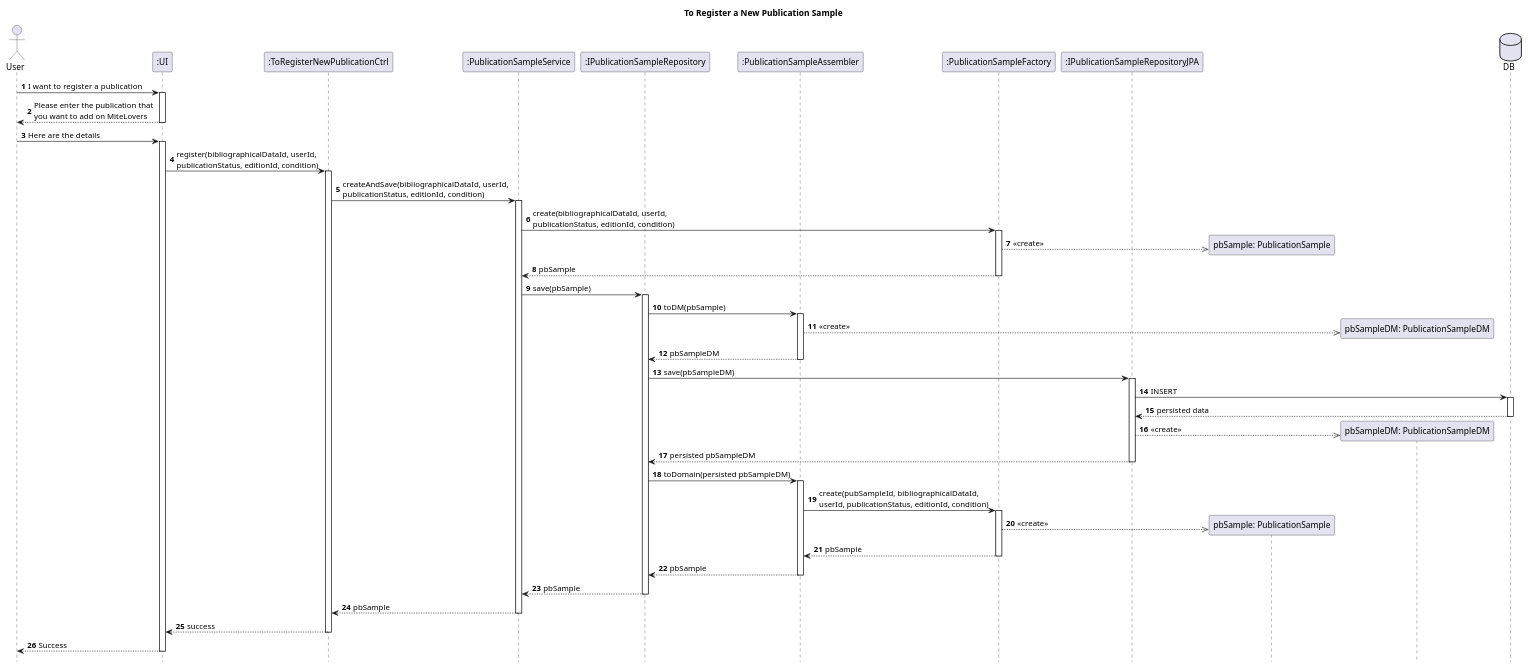
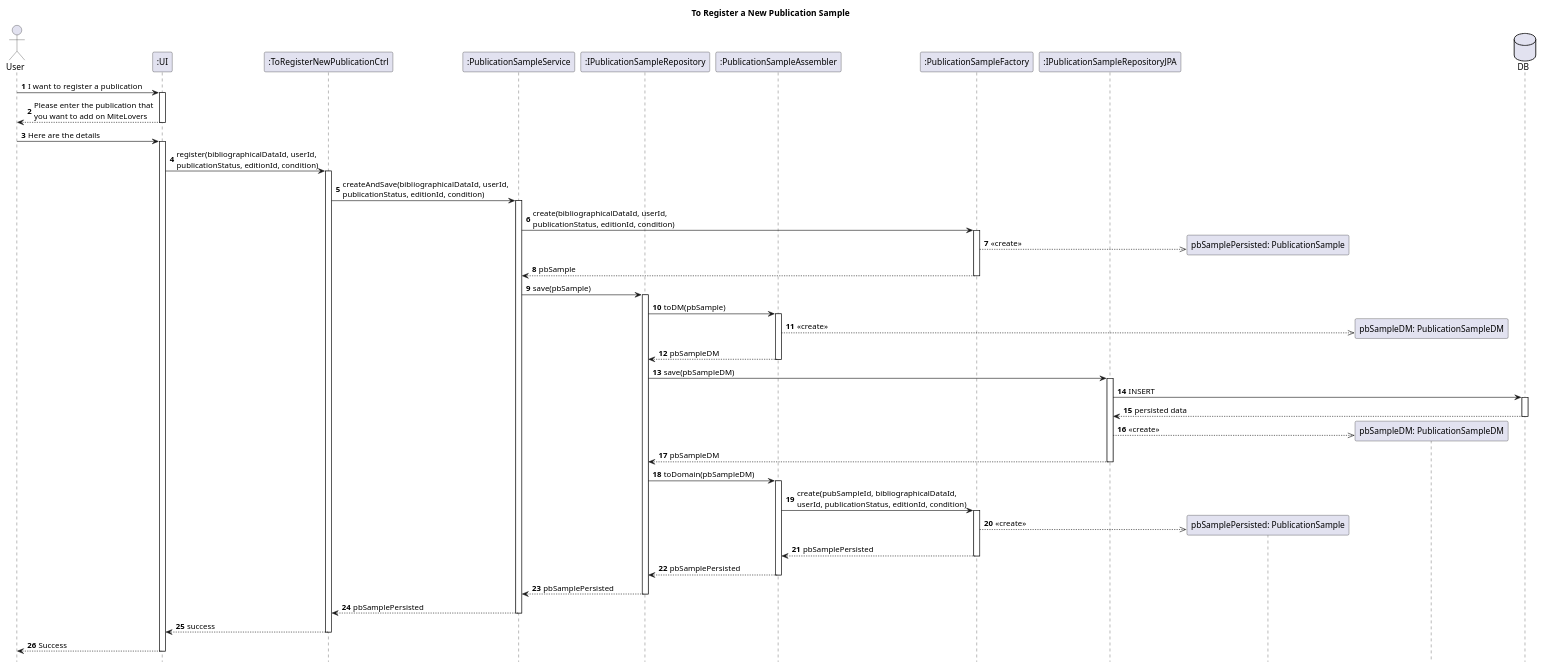
Before and after one commit to AndrePereiraGitH/SWitCH-Project-Team_A: the diagram in Diagrams/SequenceDiagrams/N2/To-register-a-publication-to-add-to-library.puml, drawn with PlantUML. The commit also changed 6 other files, not shown here.

```diff
--- a/Diagrams/SequenceDiagrams/N2/To-register-a-publication-to-add-to-library.puml
+++ b/Diagrams/SequenceDiagrams/N2/To-register-a-publication-to-add-to-library.puml
@@ -1,96 +1,96 @@
 @startuml
 hide footbox
 autonumber
 title To Register a New Publication Sample
 
 actor User
 participant ":UI" as UI
 participant ":ToRegisterNewPublicationCtrl" as Controller
 participant ":PublicationSampleService" as Service
 participant ":IPublicationSampleRepository" as Repo
 participant ":PublicationSampleAssembler" as Assembler
 participant ":PublicationSampleFactory" as Factory
 participant ":IPublicationSampleRepositoryJPA" as JPA
 
-participant "pbSample: PublicationSample" as pbSample
+participant "pbSamplePersisted: PublicationSample" as pbSample
 participant "pbSampleDM: PublicationSampleDM" as pbSampleDM
 
 database "DB" as DB
 
 User -> UI : I want to register a  publication
 activate UI
 
 UI --> User : Please enter the publication that \nyou want to add on MiteLovers
 deactivate UI
 
 User -> UI : Here are the details
 activate UI
 
 UI -> Controller : register(bibliographicalDataId, userId,\npublicationStatus, editionId, condition)
 activate Controller
 
 Controller -> Service : createAndSave(bibliographicalDataId, userId,\npublicationStatus, editionId, condition)
 activate Service
 
 ' =========================
 ' Factory creation
 ' =========================
 Service -> Factory : create(bibliographicalDataId, userId,\npublicationStatus, editionId, condition)
 activate Factory
 Factory -->> pbSample** : <<create>>
 Factory --> Service : pbSample
 deactivate Factory
 
 ' =========================
 ' Save flow
 ' =========================
 Service -> Repo : save(pbSample)
 activate Repo
 
 Repo -> Assembler : toDM(pbSample)
 activate Assembler
 Assembler -->> pbSampleDM** : <<create>>
 Assembler --> Repo : pbSampleDM
 deactivate Assembler
 
 Repo -> JPA : save(pbSampleDM)
 activate JPA
 
 JPA -> DB : INSERT
 activate DB
 DB --> JPA : persisted data
 deactivate DB
 
 JPA -->> pbSampleDM** : <<create>>
-JPA --> Repo : persisted pbSampleDM
+JPA --> Repo : pbSampleDM
 deactivate JPA
 
 ' ==============
 ' Reconstruction
 ' ==============
-Repo -> Assembler : toDomain(persisted pbSampleDM)
+Repo -> Assembler : toDomain(pbSampleDM)
 activate Assembler
 
 Assembler -> Factory : create(pubSampleId, bibliographicalDataId,\nuserId, publicationStatus, editionId, condition)
 
 activate Factory
 Factory -->> pbSample** : <<create>>
-Factory --> Assembler : pbSample
+Factory --> Assembler : pbSamplePersisted
 deactivate Factory
 
-Assembler --> Repo : pbSample
+Assembler --> Repo : pbSamplePersisted
 deactivate Assembler
 
-Repo --> Service : pbSample
+Repo --> Service : pbSamplePersisted
 deactivate Repo
 
-Service --> Controller : pbSample
+Service --> Controller : pbSamplePersisted
 deactivate Service
 
 Controller --> UI : success
 deactivate Controller
 
 UI --> User : Success
 deactivate UI
 
 @enduml
```
